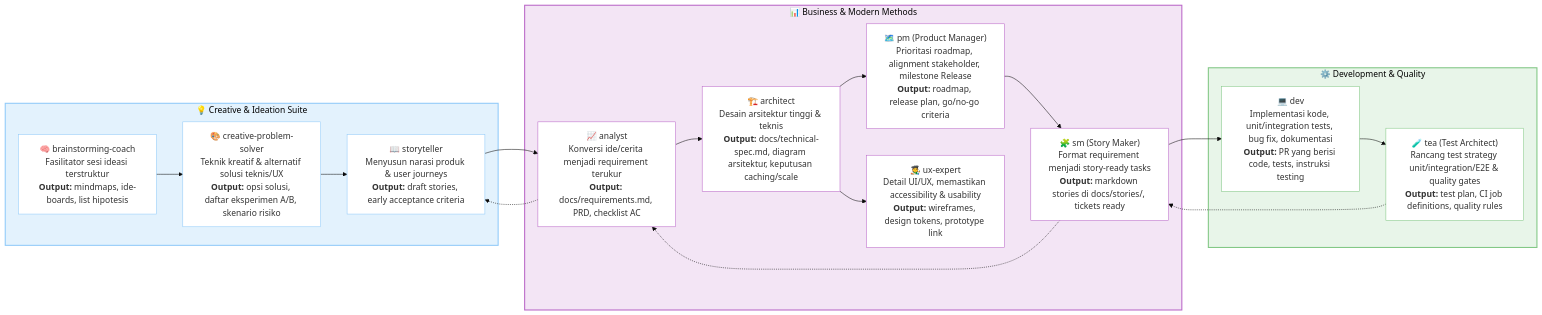
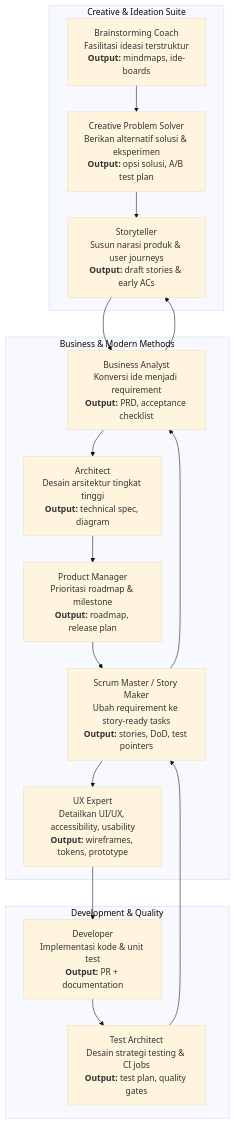
One commit to Stradivary/bmad-method-peternakmuda changed the diagram in README.md. Above: the diagram before and after it, drawn with Mermaid (base theme).

Commit message:
[zaky] update bagan readme

````diff
--- a/README.md
+++ b/README.md
@@ -126,50 +126,33 @@
 ```mermaid
-flowchart LR
-    %% ==== Creative & Ideation Suite ====
-    subgraph CIS[💡 Creative & Ideation Suite]
-        A1["🧠 brainstorming-coach<br/>Fasilitator sesi ideasi terstruktur<br/><b>Output:</b> mindmaps, ide-boards, list hipotesis"]
-        A2["🎨 creative-problem-solver<br/>Teknik kreatif & alternatif solusi teknis/UX<br/><b>Output:</b> opsi solusi, daftar eksperimen A/B, skenario risiko"]
-        A3["📖 storyteller<br/>Menyusun narasi produk & user journeys<br/><b>Output:</b> draft stories, early acceptance criteria"]
-    end
+flowchart TD
 
-    %% ==== Business & Modern Methods ====
-    subgraph BMM[📊 Business & Modern Methods]
-        B1["📈 analyst<br/>Konversi ide/cerita menjadi requirement terukur<br/><b>Output:</b> docs/requirements.md, PRD, checklist AC"]
-        B2["🏗️ architect<br/>Desain arsitektur tinggi & teknis<br/><b>Output:</b> docs/technical-spec.md, diagram arsitektur, keputusan caching/scale"]
-        B3["🗺️ pm (Product Manager)<br/>Prioritasi roadmap, alignment stakeholder, milestone Release<br/><b>Output:</b> roadmap, release plan, go/no-go criteria"]
-        B4["🧩 sm (Story Maker)<br/>Format requirement menjadi story-ready tasks<br/><b>Output:</b> markdown stories di docs/stories/, tickets ready"]
-        B5["🧑‍🎨 ux-expert<br/>Detail UI/UX, memastikan accessibility & usability<br/><b>Output:</b> wireframes, design tokens, prototype link"]
-    end
+%% === Creative & Ideation Suite ===
+subgraph CIS[Creative & Ideation Suite]
+A1[Brainstorming Coach<br>Fasilitasi ideasi terstruktur<br><b>Output:</b> mindmaps, ide-boards]
+A2[Creative Problem Solver<br>Berikan alternatif solusi & eksperimen<br><b>Output:</b> opsi solusi, A/B test plan]
+A3[Storyteller<br>Susun narasi produk & user journeys<br><b>Output:</b> draft stories & early ACs]
+end
 
-    %% ==== Development & Quality ====
-    subgraph DEV[⚙️ Development & Quality]
-        C1["💻 dev<br/>Implementasi kode, unit/integration tests, bug fix, dokumentasi<br/><b>Output:</b> PR yang berisi code, tests, instruksi testing"]
-        C2["🧪 tea (Test Architect)<br/>Rancang test strategy unit/integration/E2E & quality gates<br/><b>Output:</b> test plan, CI job definitions, quality rules"]
-    end
+%% === Business & Modern Methods ===
+subgraph BMM[Business & Modern Methods]
+B1[Business Analyst<br>Konversi ide menjadi requirement<br><b>Output:</b> PRD, acceptance checklist]
+B2[Architect<br>Desain arsitektur tingkat tinggi<br><b>Output:</b> technical spec, diagram]
+B3[Product Manager<br>Prioritasi roadmap & milestone<br><b>Output:</b> roadmap, release plan]
+B4[Scrum Master / Story Maker<br>Ubah requirement ke story-ready tasks<br><b>Output:</b> stories, DoD, test pointers]
+B5[UX Expert<br>Detailkan UI/UX, accessibility, usability<br><b>Output:</b> wireframes, tokens, prototype]
+end
 
-    %% ==== Alur Utama ====
-    A1 --> A2 --> A3 --> B1
-    B1 --> B2 --> B3 --> B4
-    B2 --> B5
-    B4 --> C1 --> C2
+%% === Development & QA ===
+subgraph DEV[Development & Quality]
+C1[Developer<br>Implementasi kode & unit test<br><b>Output:</b> PR + documentation]
+C2[Test Architect<br>Desain strategi testing & CI jobs<br><b>Output:</b> test plan, quality gates]
+end
 
-    %% ==== Feedback Loop ====
-    C2 -.-> B4
-    B4 -.-> B1
-    B1 -.-> A3
+%% === Alur utama ===
+A1 --> A2 --> A3 --> B1 --> B2 --> B3 --> B4 --> B5 --> C1 --> C2
 
-    %% ==== Styling ====
-    style CIS fill:#e3f2fd,stroke:#90caf9,stroke-width:2px,color:#000
-    style BMM fill:#f3e5f5,stroke:#ba68c8,stroke-width:2px,color:#000
-    style DEV fill:#e8f5e9,stroke:#81c784,stroke-width:2px,color:#000
-    style A1 fill:#ffffff,stroke:#90caf9
-    style A2 fill:#ffffff,stroke:#90caf9
-    style A3 fill:#ffffff,stroke:#90caf9
-    style B1 fill:#ffffff,stroke:#ba68c8
-    style B2 fill:#ffffff,stroke:#ba68c8
-    style B3 fill:#ffffff,stroke:#ba68c8
-    style B4 fill:#ffffff,stroke:#ba68c8
-    style B5 fill:#ffffff,stroke:#ba68c8
-    style C1 fill:#ffffff,stroke:#81c784
-    style C2 fill:#ffffff,stroke:#81c784
+%% === Feedback loops ===
+C2 --> B4
+B4 --> B1
+B1 --> A3
 ```
````
